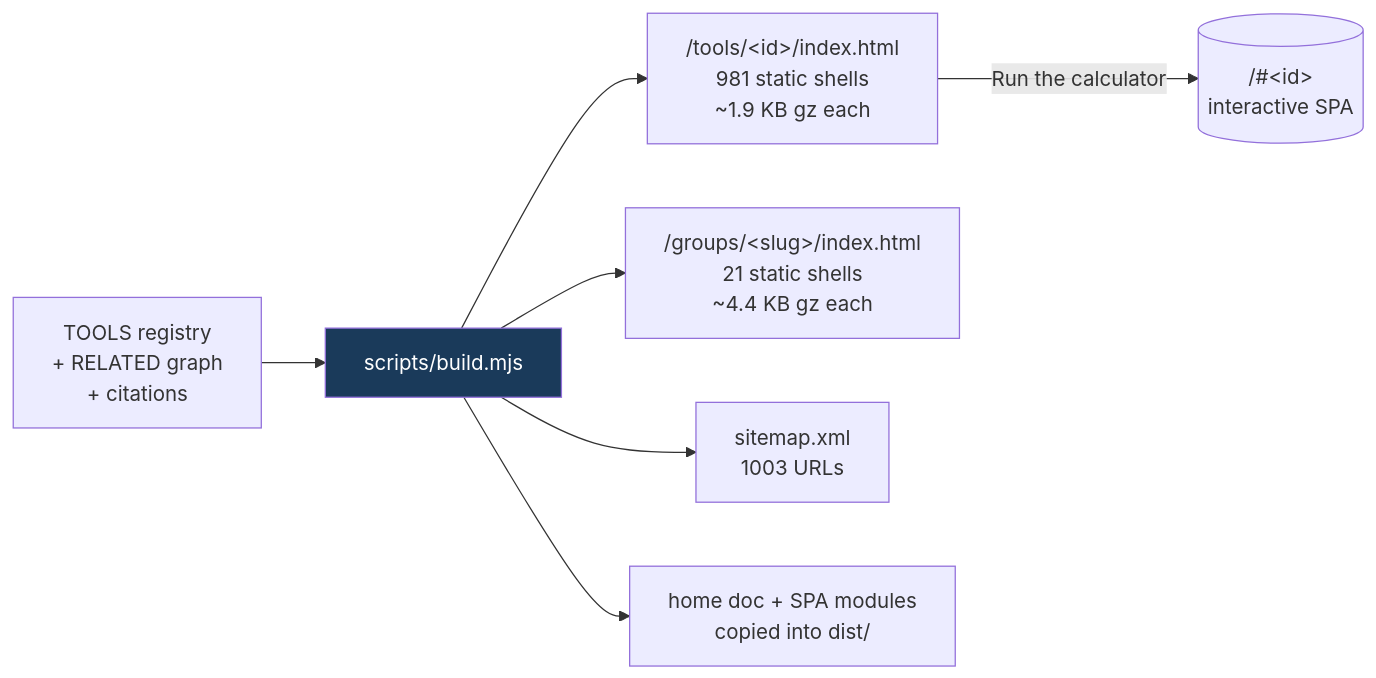
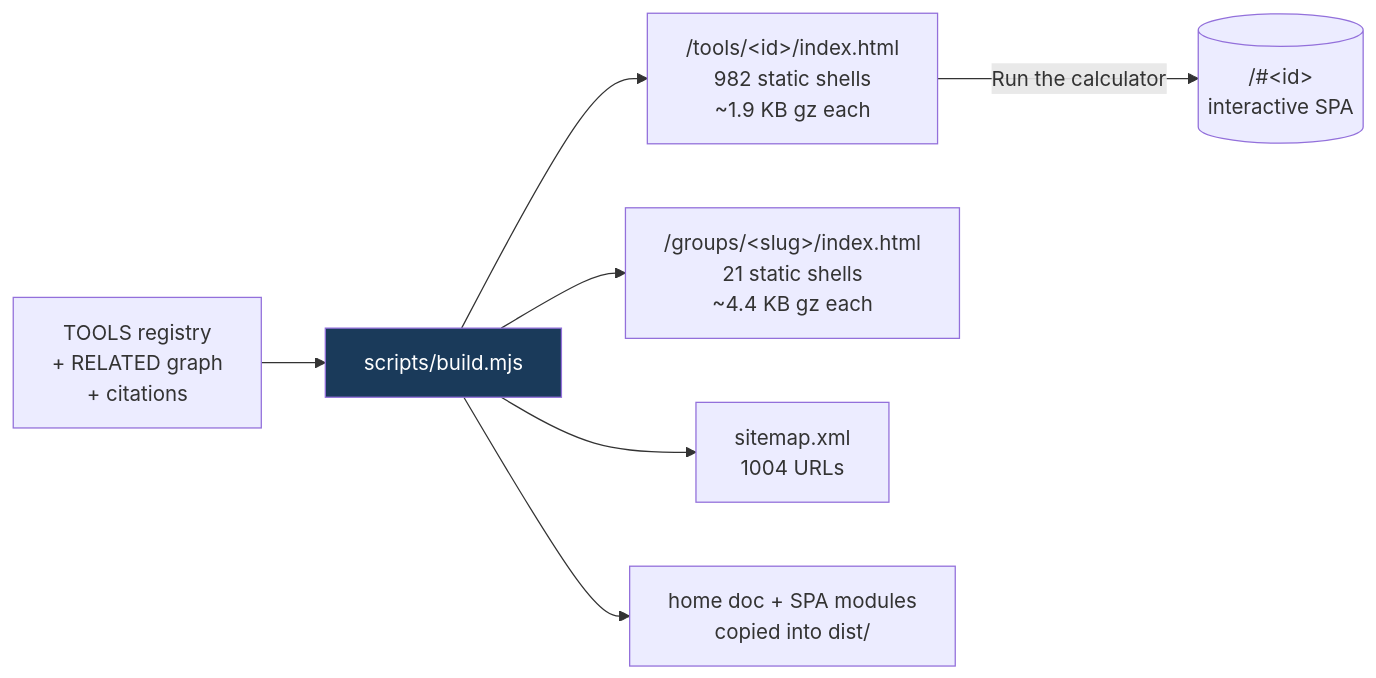
Before and after one commit to clay-good/roughlogic.com: the fifth of 8 diagrams in README.md, drawn with Mermaid. The commit also changed other lines of this file and 12 other files, not shown here.

````diff
--- a/README.md
+++ b/README.md
@@ -495,10 +495,10 @@
 ```mermaid
 flowchart LR
     SRC[TOOLS registry\n+ RELATED graph\n+ citations] --> BUILD[scripts/build.mjs]
-    BUILD --> TILE["/tools/&lt;id&gt;/index.html\n981 static shells\n~1.9 KB gz each"]
+    BUILD --> TILE["/tools/&lt;id&gt;/index.html\n982 static shells\n~1.9 KB gz each"]
     BUILD --> GROUP["/groups/&lt;slug&gt;/index.html\n21 static shells\n~4.4 KB gz each"]
-    BUILD --> MAP["sitemap.xml\n1003 URLs"]
+    BUILD --> MAP["sitemap.xml\n1004 URLs"]
     BUILD --> COPY[home doc + SPA modules\ncopied into dist/]
     TILE -->|Run the calculator| SPA[("/#&lt;id&gt;\ninteractive SPA")]
     style BUILD fill:#1a3a5a,color:#fff
 ```
````
